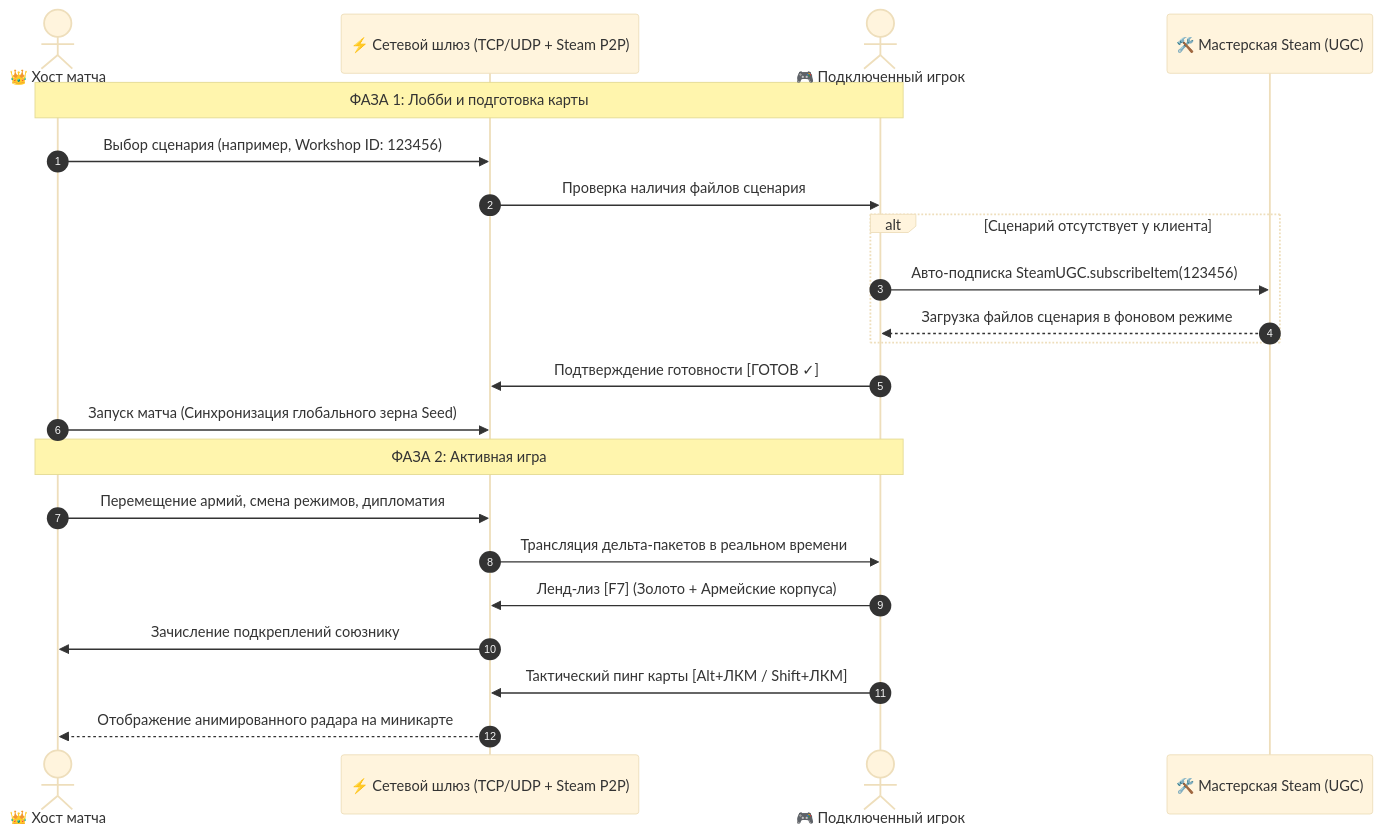
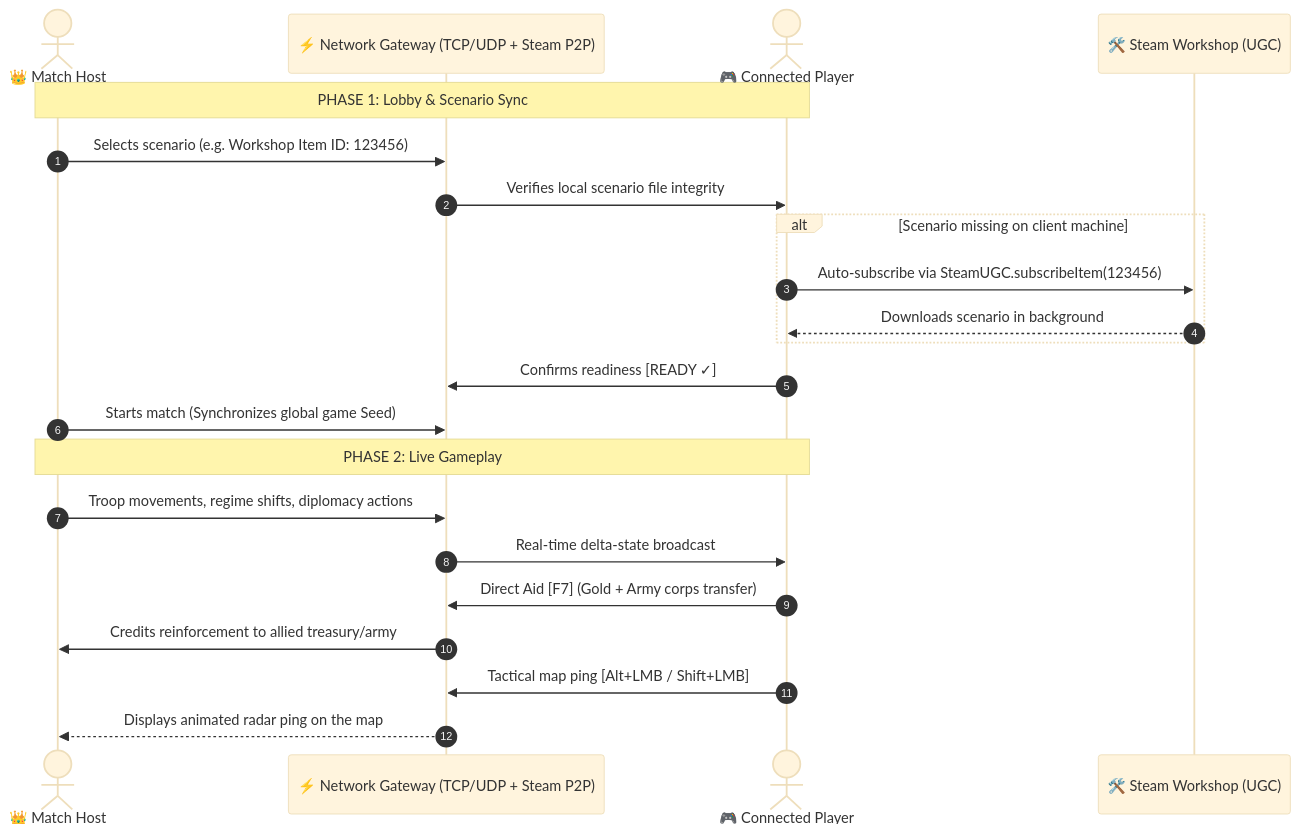
Before and after one commit to MisterPugs/Age-of-Clicks-Multiplayer-Mod: the diagram in README.md, drawn with Mermaid (base theme). The commit also changed other lines of this file and 3 other files, not shown here.

````diff
--- a/README.md
+++ b/README.md
@@ -29,26 +31,26 @@
 ```mermaid
 sequenceDiagram
     autonumber
-    actor Host as 👑 Хост матча
-    participant Net as ⚡ Сетевой шлюз (TCP/UDP + Steam P2P)
-    actor Client as 🎮 Подключенный игрок
-    participant Workshop as 🛠️ Мастерская Steam (UGC)
+    actor Host as 👑 Match Host
+    participant Net as ⚡ Network Gateway (TCP/UDP + Steam P2P)
+    actor Client as 🎮 Connected Player
+    participant Workshop as 🛠️ Steam Workshop (UGC)
 
-    Note over Host,Client: ФАЗА 1: Лобби и подготовка карты
-    Host->>Net: Выбор сценария (например, Workshop ID: 123456)
-    Net->>Client: Проверка наличия файлов сценария
-    alt Сценарий отсутствует у клиента
-        Client->>Workshop: Авто-подписка SteamUGC.subscribeItem(123456)
-        Workshop-->>Client: Загрузка файлов сценария в фоновом режиме
+    Note over Host,Client: PHASE 1: Lobby & Scenario Sync
+    Host->>Net: Selects scenario (e.g. Workshop Item ID: 123456)
+    Net->>Client: Verifies local scenario file integrity
+    alt Scenario missing on client machine
+        Client->>Workshop: Auto-subscribe via SteamUGC.subscribeItem(123456)
+        Workshop-->>Client: Downloads scenario in background
     end
-    Client->>Net: Подтверждение готовности [ГОТОВ ✓]
-    Host->>Net: Запуск матча (Синхронизация глобального зерна Seed)
+    Client->>Net: Confirms readiness [READY ✓]
+    Host->>Net: Starts match (Synchronizes global game Seed)
 
-    Note over Host,Client: ФАЗА 2: Активная игра
-    Host->>Net: Перемещение армий, смена режимов, дипломатия
-    Net->>Client: Трансляция дельта-пакетов в реальном времени
-    Client->>Net: Ленд-лиз [F7] (Золото + Армейские корпуса)
-    Net->>Host: Зачисление подкреплений союзнику
-    Client->>Net: Тактический пинг карты [Alt+ЛКМ / Shift+ЛКМ]
-    Net-->>Host: Отображение анимированного радара на миникарте
+    Note over Host,Client: PHASE 2: Live Gameplay
+    Host->>Net: Troop movements, regime shifts, diplomacy actions
+    Net->>Client: Real-time delta-state broadcast
+    Client->>Net: Direct Aid [F7] (Gold + Army corps transfer)
+    Net->>Host: Credits reinforcement to allied treasury/army
+    Client->>Net: Tactical map ping [Alt+LMB / Shift+LMB]
+    Net-->>Host: Displays animated radar ping on the map
 ```
````
